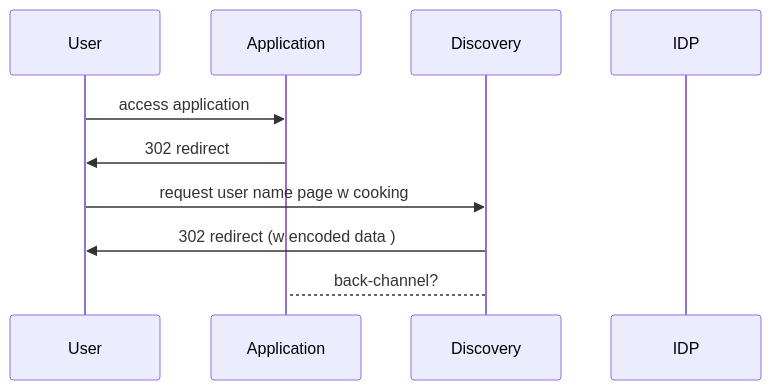
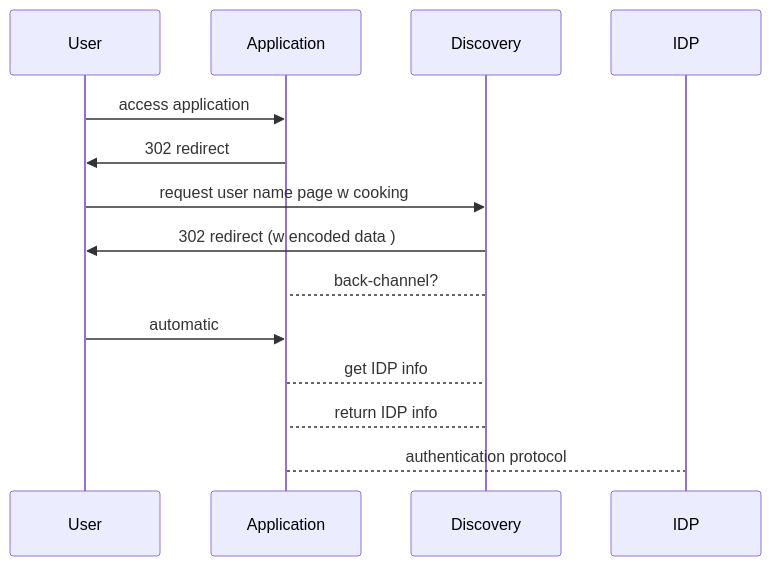
One commit to MarkTechOff/mermaid changed the second of 2 diagrams in readme.md. Above: the diagram before and after it, drawn with Mermaid.

````diff
--- a/readme.md
+++ b/readme.md
@@ -13,12 +13,16 @@
 ```mermaid
 sequenceDiagram
     participant User
     participant Application
     participant Discovery
     participant IDP
     User->>Application : access application 
     Application->>User : 302 redirect 
     User->>Discovery : request user name page w cooking
     Discovery->>User: 302 redirect (w encoded data )
     Discovery-->Application: back-channel?
+    User->>Application : automatic
+    Application-->Discovery: get IDP info 
+    Discovery-->Application: return IDP info
+    Application-->IDP : authentication protocol
 ```
````
